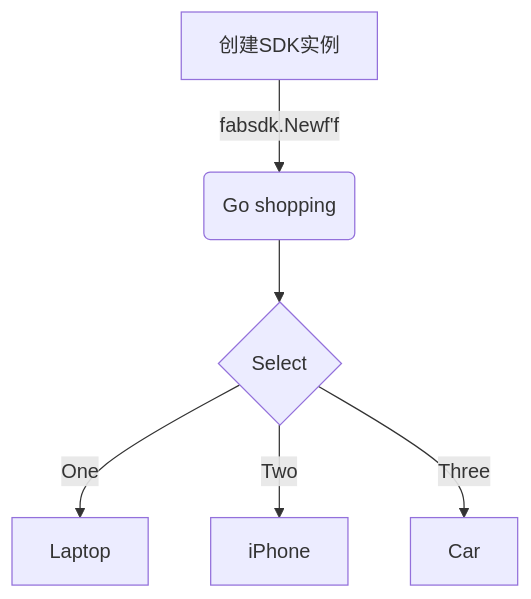
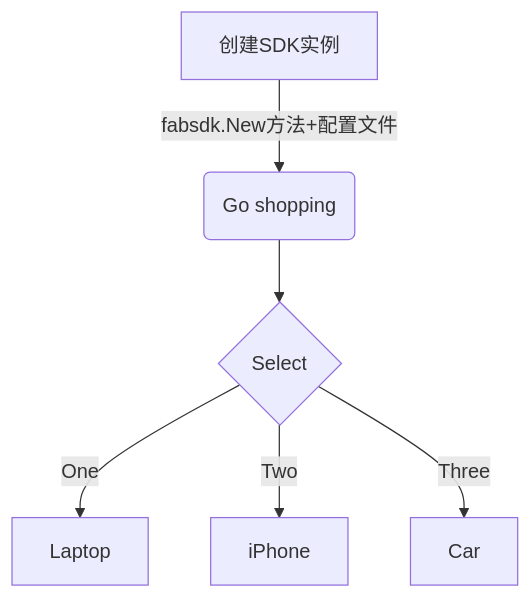
The diagram in all/未命名.md (Utekichan/iodraw-files), drawn with Mermaid before and after one commit.

Commit message:
2024-03-30 22:02:44 update

````diff
--- a/all/未命名.md
+++ b/all/未命名.md
@@ -1,9 +1,9 @@
 ```mermaid
 graph TD
-    A[创建SDK实例] -->|fabsdk.Newf'f| B(Go shopping)
+    A[创建SDK实例] -->|fabsdk.New方法+配置文件| B(Go shopping)
     B --> C{Select}
     C -->|One| D[Laptop]
     C -->|Two| E[iPhone]
     C -->|Three| F[Car]
   
 ```
````
